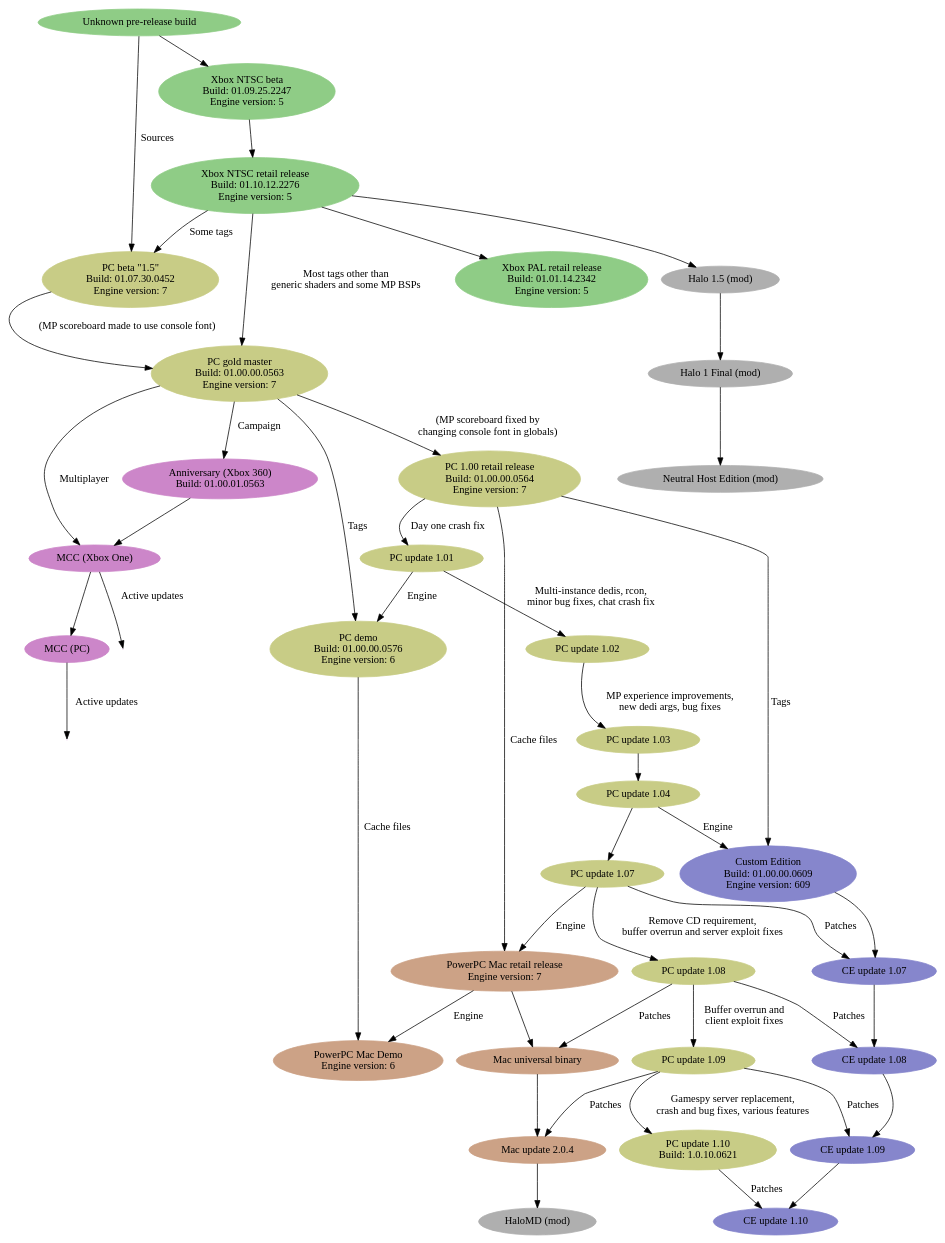
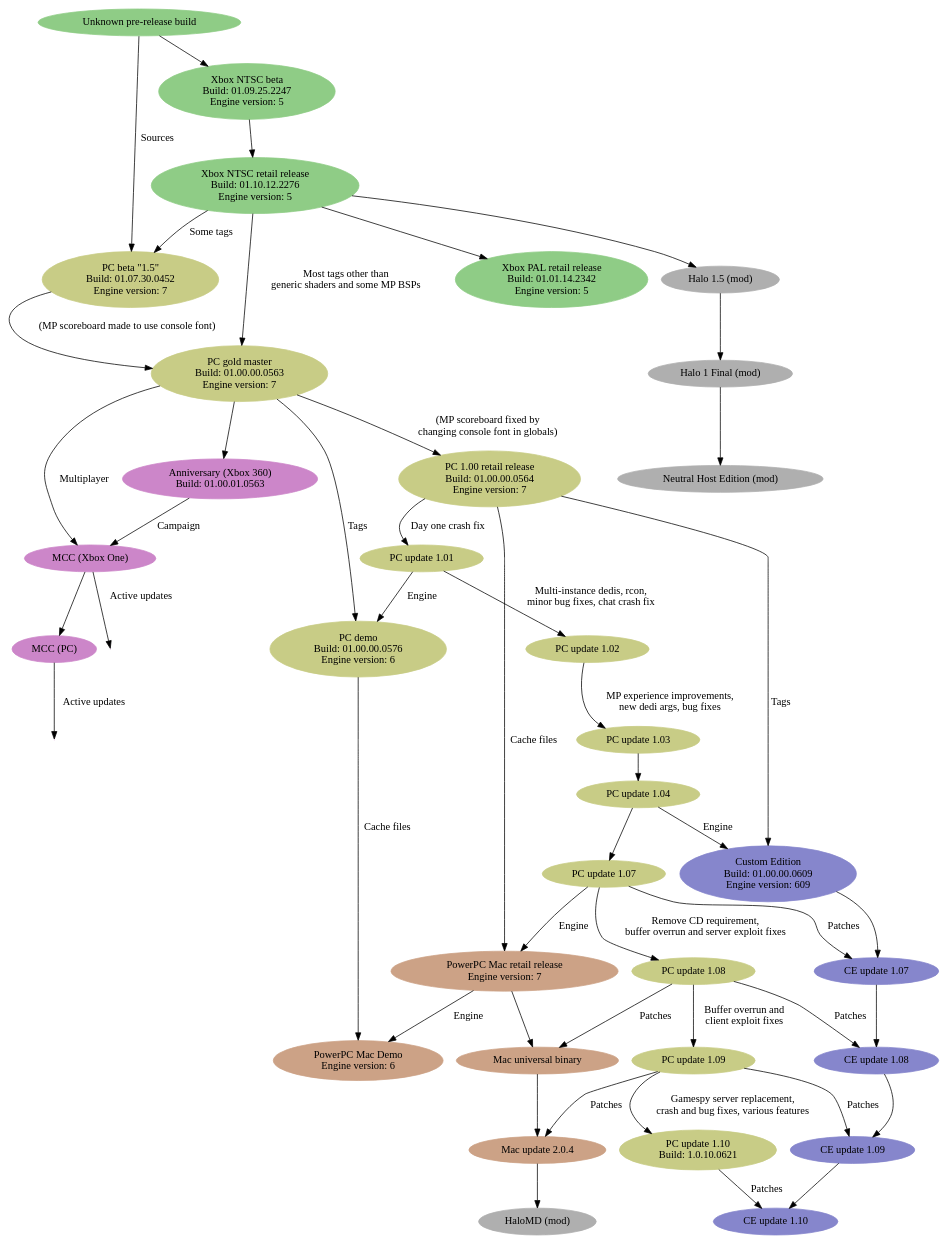
The diagram in src/content/games/h1/games.dot (Sigmmma/c20), drawn with Graphviz before and after one commit.

Commit message:
Clarify PC to MCC evolution

```diff
--- a/src/content/games/h1/games.dot
+++ b/src/content/games/h1/games.dot
@@ -1,111 +1,111 @@
 digraph G {
   # xbox
   node [style=filled color="#8fcc86"]
   xbox_pre [label="Unknown pre-release build"]
   xbox_ntsc_beta [label="Xbox NTSC beta\nBuild: 01.09.25.2247\nEngine version: 5"]
   xbox_ntsc_retail [label="Xbox NTSC retail release\nBuild: 01.10.12.2276\nEngine version: 5"]
   xbox_pal_retail [label="Xbox PAL retail release\nBuild: 01.01.14.2342\nEngine version: 5"]
 
   # pc
   node [style=filled color="#c8cc86"];
   pc_beta [label="PC beta \"1.5\"\nBuild: 01.07.30.0452\nEngine version: 7"];
   pc_gold [label="PC gold master\nBuild: 01.00.00.0563\nEngine version: 7"];
   pc_100 [label="PC 1.00 retail release\nBuild: 01.00.00.0564\nEngine version: 7"];
   pc_101 [label="PC update 1.01"];
   pc_102 [label="PC update 1.02"];
   pc_103 [label="PC update 1.03"];
   pc_104 [label="PC update 1.04"];
   pc_107 [label="PC update 1.07"];
   pc_108 [label="PC update 1.08"];
   pc_109 [label="PC update 1.09"];
   pc_110 [label="PC update 1.10\nBuild: 1.0.10.0621"];
   pc_demo [label="PC demo\nBuild: 01.00.00.0576\nEngine version: 6"];
 
   # custom edition
   node [style=filled color="#8686cc"];
   ce_100 [label="Custom Edition\nBuild: 01.00.00.0609\nEngine version: 609"];
   ce_107 [label="CE update 1.07"];
   ce_108 [label="CE update 1.08"];
   ce_109 [label="CE update 1.09"];
   ce_110 [label="CE update 1.10"];
 
   # mac
   node [style=filled color="#cca286"];
   mac_retail [label="PowerPC Mac retail release\nEngine version: 7"];
   mac_universal [label="Mac universal binary"];
   mac_204 [label="Mac update 2.0.4"];
   mac_demo [label="PowerPC Mac Demo\nEngine version: 6"];
 
   # anniversary (invader uses cache v563)
   node [style=filled color="#cc86c9"];
   ann [label="Anniversary (Xbox 360)\nBuild: 01.00.01.0563"];
   mcc_xbone [label="MCC (Xbox One)"];
   mcc_pc [label="MCC (PC)"];
   mcc_pc_live [label="", fixedsize="false", width=0, height=0, shape=none];
   mcc_xbone_live [label="", fixedsize="false", width=0, height=0, shape=none];
 
   #mods
   node [style=filled color="#afafaf"];
   h15 [label="Halo 1.5 (mod)"];
   h1final [label="Halo 1 Final (mod)"];
   nhe [label="Neutral Host Edition (mod)"];
   halomd [label="HaloMD (mod)"];
 
   # xbox line
   xbox_pre -> xbox_ntsc_beta;
   xbox_ntsc_beta -> xbox_ntsc_retail;
   xbox_ntsc_retail -> xbox_pal_retail;
 
   # gearbox pc line
   xbox_pre -> pc_beta [label="Sources"];
   xbox_ntsc_retail -> pc_beta [label="Some tags"];
   pc_beta -> pc_gold [label="(MP scoreboard made to use console font)"];
   xbox_ntsc_retail -> pc_gold [label="Most tags other than\ngeneric shaders and some MP BSPs"];
   pc_gold -> pc_100 [label="(MP scoreboard fixed by\nchanging console font in globals)"];
   pc_100 -> pc_101 [label="Day one crash fix"];
   pc_101 -> pc_102 [label="Multi-instance dedis, rcon,\nminor bug fixes, chat crash fix"];
   pc_102 -> pc_103 [label="MP experience improvements,\nnew dedi args, bug fixes"];
   pc_103 -> pc_104;
   pc_104 -> pc_107;
   pc_107 -> pc_108 [label="Remove CD requirement,\nbuffer overrun and server exploit fixes"];
   pc_108 -> pc_109 [label="Buffer overrun and\nclient exploit fixes"];
   pc_109 -> pc_110 [label="Gamespy server replacement,\ncrash and bug fixes, various features"];
   pc_gold -> pc_demo [label="Tags"];
   pc_101 -> pc_demo [label="Engine"];
 
   # custom edition line
   pc_104 -> ce_100 [label="Engine"];
   pc_100 -> ce_100 [label="Tags"];
   ce_100 -> ce_107;
   pc_107 -> ce_107 [label="Patches"];
   ce_107 -> ce_108;
   pc_108 -> ce_108 [label="Patches"];
   ce_108 -> ce_109;
   pc_109 -> ce_109 [label="Patches"];
   ce_109 -> ce_110;
   pc_110 -> ce_110 [label="Patches"];
 
   # mac
   pc_demo -> mac_demo [label="Cache files"];
   pc_100 -> mac_retail [label="Cache files"];
   pc_107 -> mac_retail [label="Engine"];
   mac_retail -> mac_demo [label="Engine"];
   mac_retail -> mac_universal;
   pc_108 -> mac_universal [label="Patches"];
   mac_universal -> mac_204;
   pc_109 -> mac_204 [label="Patches"];
 
   # mods
   xbox_ntsc_retail -> h15;
   h15 -> h1final;
   h1final -> nhe;
   mac_204 -> halomd;
 
   # cea and mcc
-  pc_gold -> ann [label="Campaign"];
-  ann -> mcc_xbone;
+  pc_gold -> ann;
+  ann -> mcc_xbone [label="Campaign"];
   pc_gold -> mcc_xbone [label="Multiplayer"];
   mcc_xbone -> mcc_pc;
   mcc_xbone -> mcc_xbone_live [label="Active updates"];
   mcc_pc -> mcc_pc_live [label="Active updates"];
 }
```
